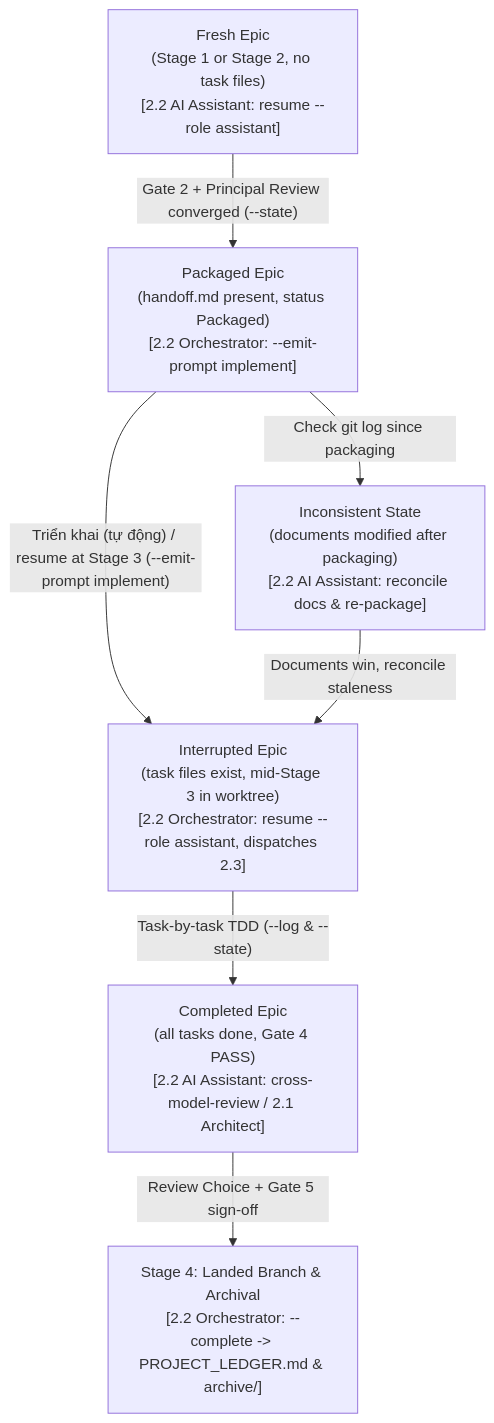
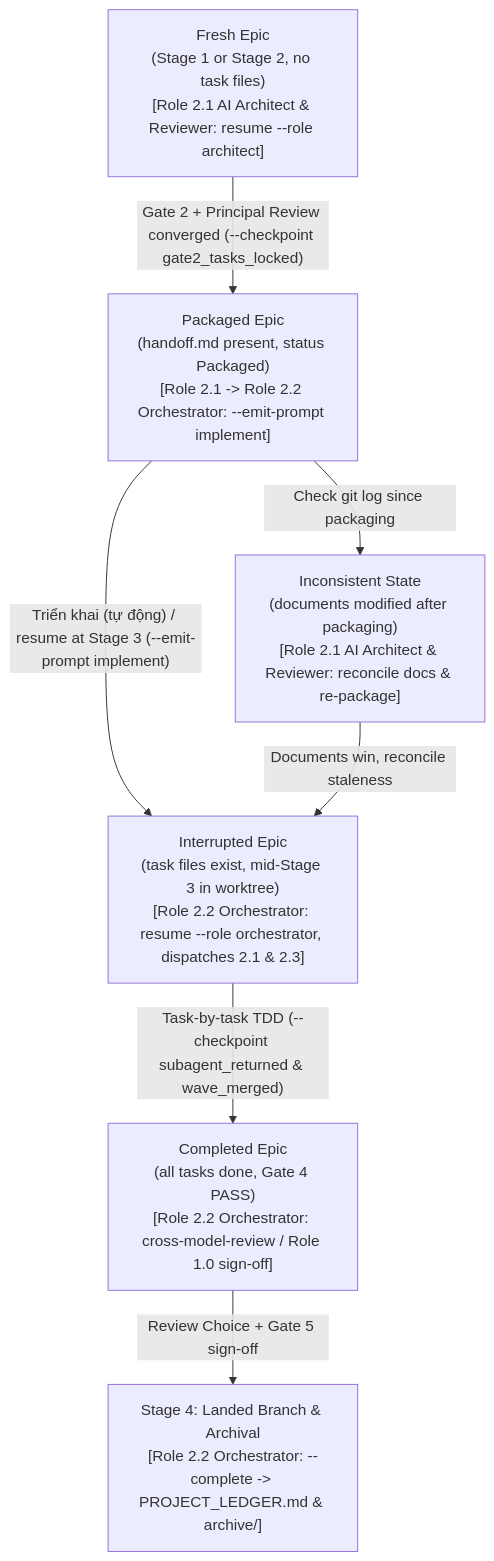
Before and after one commit to DanhDue/ai-agent-tools: the second of 5 diagrams in docs/lifecycles.en.md, drawn with Mermaid. The commit also changed other lines of this file and 9 other files, not shown here.

````diff
--- a/docs/lifecycles.en.md
+++ b/docs/lifecycles.en.md
@@ -110,16 +110,16 @@
 ```mermaid
 flowchart TD
-    FRESH["Fresh Epic<br/>(Stage 1 or Stage 2, no task files)<br/>[2.2 AI Assistant: resume --role assistant]"]
-    PKG["Packaged Epic<br/>(handoff.md present, status Packaged)<br/>[2.2 Orchestrator: --emit-prompt implement]"]
-    INTR["Interrupted Epic<br/>(task files exist, mid-Stage 3 in worktree)<br/>[2.2 Orchestrator: resume --role assistant, dispatches 2.3]"]
-    DONE_EPIC["Completed Epic<br/>(all tasks done, Gate 4 PASS)<br/>[2.2 AI Assistant: cross-model-review / 2.1 Architect]"]
-    INCON["Inconsistent State<br/>(documents modified after packaging)<br/>[2.2 AI Assistant: reconcile docs &amp; re-package]"]
-    MERGED["Stage 4: Landed Branch &amp; Archival<br/>[2.2 Orchestrator: --complete -> PROJECT_LEDGER.md &amp; archive/]"]
+    FRESH["Fresh Epic<br/>(Stage 1 or Stage 2, no task files)<br/>[Role 2.1 AI Architect &amp; Reviewer: resume --role architect]"]
+    PKG["Packaged Epic<br/>(handoff.md present, status Packaged)<br/>[Role 2.1 -> Role 2.2 Orchestrator: --emit-prompt implement]"]
+    INTR["Interrupted Epic<br/>(task files exist, mid-Stage 3 in worktree)<br/>[Role 2.2 Orchestrator: resume --role orchestrator, dispatches 2.1 &amp; 2.3]"]
+    DONE_EPIC["Completed Epic<br/>(all tasks done, Gate 4 PASS)<br/>[Role 2.2 Orchestrator: cross-model-review / Role 1.0 sign-off]"]
+    INCON["Inconsistent State<br/>(documents modified after packaging)<br/>[Role 2.1 AI Architect &amp; Reviewer: reconcile docs &amp; re-package]"]
+    MERGED["Stage 4: Landed Branch &amp; Archival<br/>[Role 2.2 Orchestrator: --complete -> PROJECT_LEDGER.md &amp; archive/]"]
 
-    FRESH -->|"Gate 2 + Principal Review converged (--state)"| PKG
+    FRESH -->|"Gate 2 + Principal Review converged (--checkpoint gate2_tasks_locked)"| PKG
     PKG -->|"Check git log since packaging"| INCON
     PKG -->|"Triển khai (tự động) / resume at Stage 3 (--emit-prompt implement)"| INTR
     INCON -->|"Documents win, reconcile staleness"| INTR
-    INTR -->|"Task-by-task TDD (--log &amp; --state)"| DONE_EPIC
+    INTR -->|"Task-by-task TDD (--checkpoint subagent_returned &amp; wave_merged)"| DONE_EPIC
     DONE_EPIC -->|"Review Choice + Gate 5 sign-off"| MERGED
 ```
````
